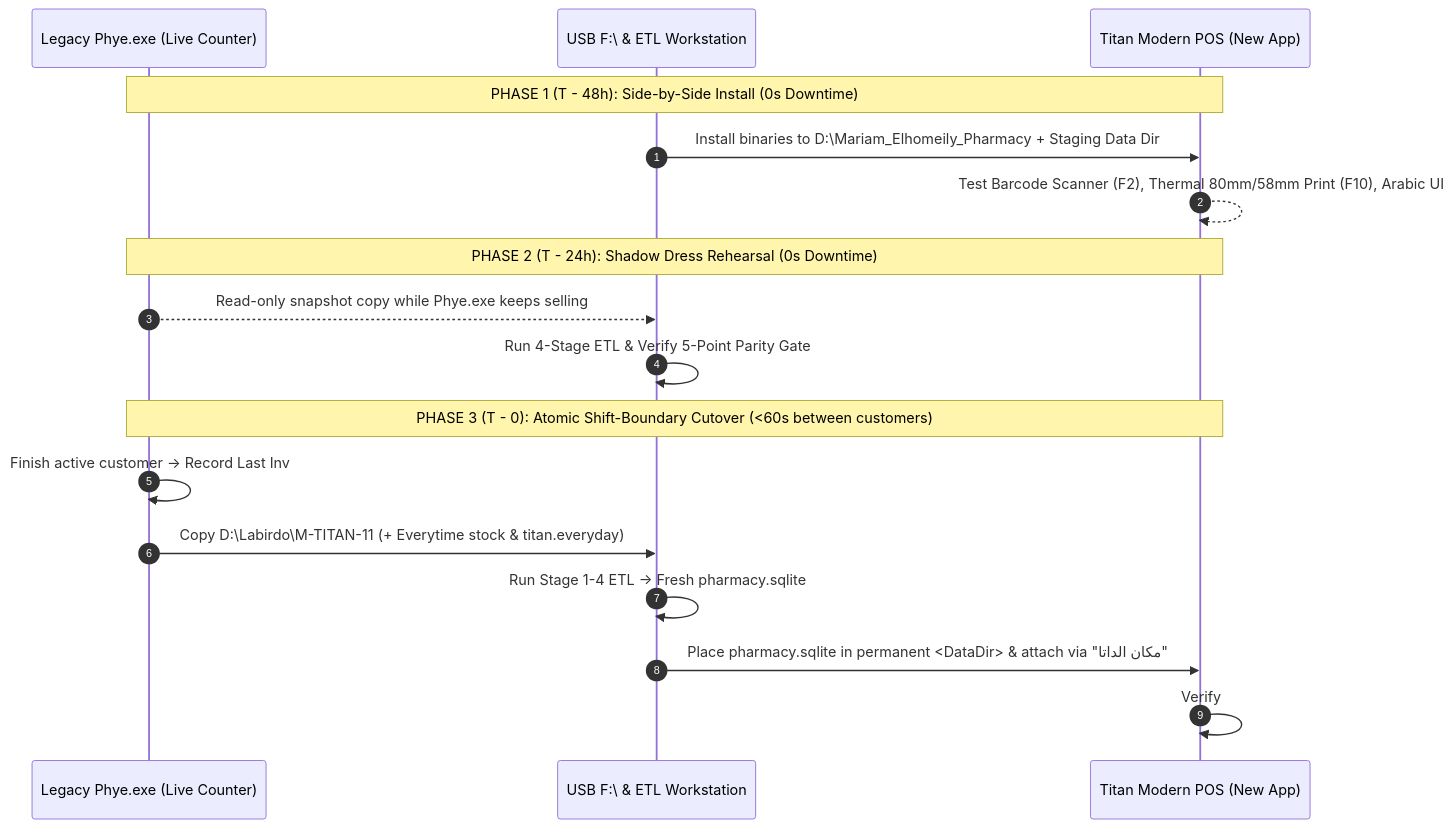
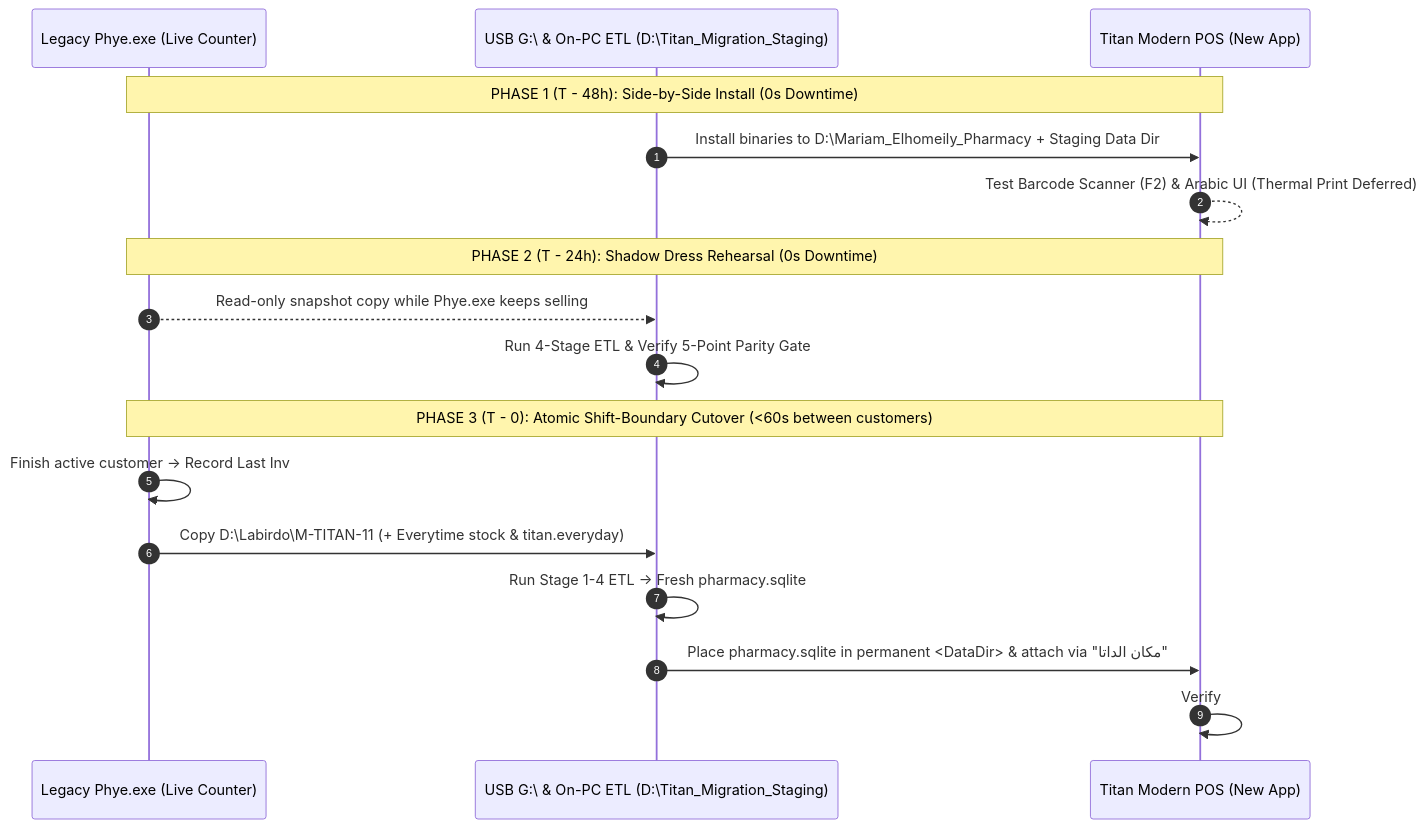
Before and after one commit to 3bkader-gpt/titan-modern-pos: the second of 2 diagrams in ZERO_DOWNTIME_MIGRATION_PLAN.md, drawn with Mermaid. The commit also changed other lines of this file and 13 other files, not shown here.

````diff
--- a/ZERO_DOWNTIME_MIGRATION_PLAN.md
+++ b/ZERO_DOWNTIME_MIGRATION_PLAN.md
@@ -154,22 +155,22 @@
 ```mermaid
 sequenceDiagram
     autonumber
     participant Legacy as Legacy Phye.exe (Live Counter)
-    participant USB as USB F:\ & ETL Workstation
+    participant USB as USB G:\ & On-PC ETL (D:\Titan_Migration_Staging)
     participant Modern as Titan Modern POS (New App)
 
     Note over Legacy,Modern: PHASE 1 (T - 48h): Side-by-Side Install (0s Downtime)
     USB->>Modern: Install binaries to D:\Mariam_Elhomeily_Pharmacy + Staging Data Dir
-    Modern-->>Modern: Test Barcode Scanner (F2), Thermal 80mm/58mm Print (F10), Arabic UI
+    Modern-->>Modern: Test Barcode Scanner (F2) & Arabic UI (Thermal Print Deferred)
 
     Note over Legacy,Modern: PHASE 2 (T - 24h): Shadow Dress Rehearsal (0s Downtime)
     Legacy-->>USB: Read-only snapshot copy while Phye.exe keeps selling
     USB->>USB: Run 4-Stage ETL & Verify 5-Point Parity Gate
 
     Note over Legacy,Modern: PHASE 3 (T - 0): Atomic Shift-Boundary Cutover (<60s between customers)
     Legacy->>Legacy: Finish active customer -> Record Last Inv #N & Cash -> Close Phye.exe
     Legacy->>USB: Copy D:\Labirdo\M-TITAN-11 (+ Everytime stock & titan.everyday)
     USB->>USB: Run Stage 1-4 ETL -> Fresh pharmacy.sqlite
     USB->>Modern: Place pharmacy.sqlite in permanent <DataDir> & attach via "مكان الداتا"
     Modern->>Modern: Verify #N, Cash Drawer, Balanced GL -> Open Shift #1 (F5) -> Sell #N+1
 ```
````
